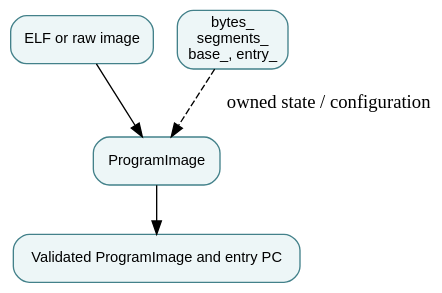
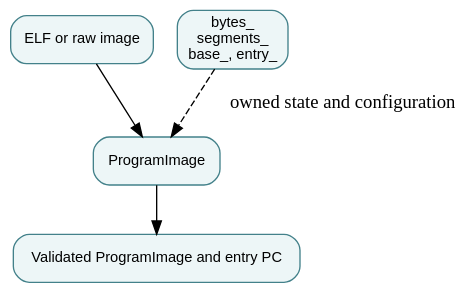
One commit to qsbit-org/qsbit-sim changed the diagram in docs/modules/elf-loader-and-program-image.md. Above: the diagram before and after it, drawn with Graphviz. The commit also changed other lines of this file and 71 other files, not shown here.

````diff
--- a/docs/modules/elf-loader-and-program-image.md
+++ b/docs/modules/elf-loader-and-program-image.md
@@ -15,11 +15,11 @@
 ```{graphviz}
 digraph module {
   rankdir=TB; bgcolor="transparent";
   node [shape=box, style="rounded,filled", fillcolor="#edf6f7", color="#43818a", fontname="sans-serif", fontsize=11];
   input [label="ELF or raw image"];
   owner [label="ProgramImage"];
   state [label="bytes_\nsegments_\nbase_, entry_"];
   output [label="Validated ProgramImage and entry PC"];
-  input -> owner; owner -> output; state -> owner [style=dashed, label="owned state / configuration"];
+  input -> owner; owner -> output; state -> owner [style=dashed, label="owned state and configuration"];
 }
 ```
````
